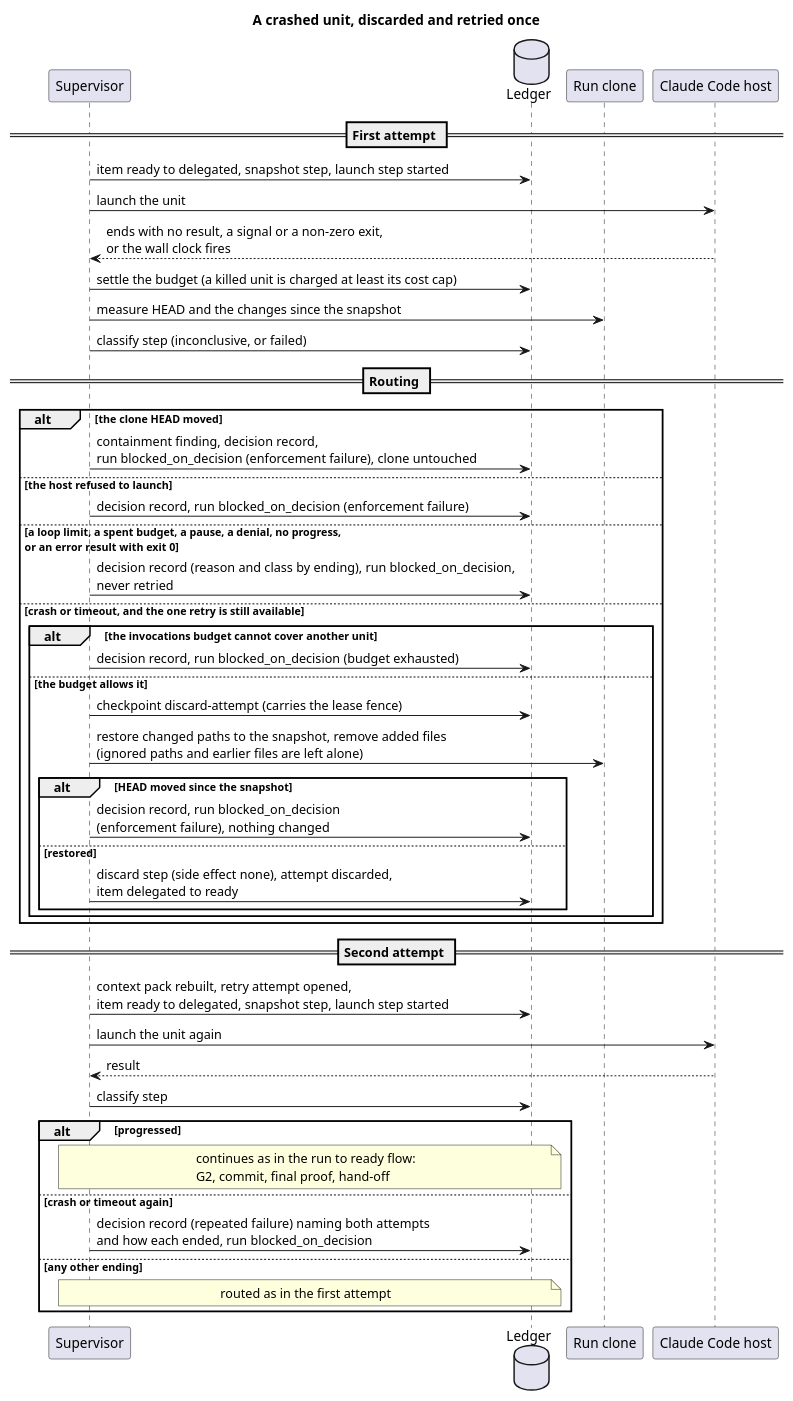
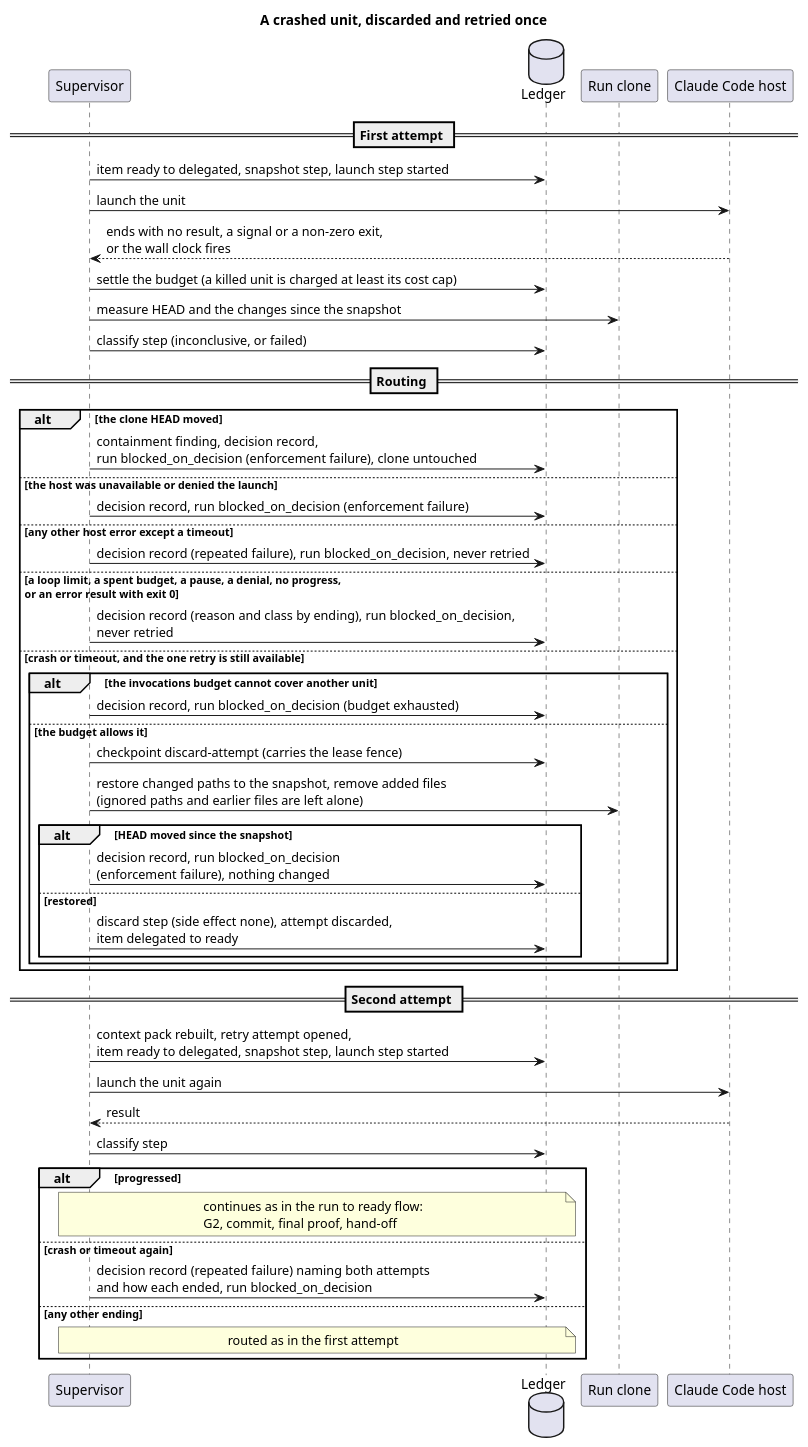
The diagram in docs/system/diagrams/run-discard-retry.puml (aa-phan/avarice), drawn with PlantUML before and after one commit. The commit also changed 33 other files, not shown here.

```diff
--- a/docs/system/diagrams/run-discard-retry.puml
+++ b/docs/system/diagrams/run-discard-retry.puml
@@ -1,50 +1,52 @@
 @startuml
 title A crashed unit, discarded and retried once
 
 participant Supervisor
 database Ledger
 participant "Run clone" as Clone
 participant "Claude Code host" as Host
 
 == First attempt ==
 Supervisor -> Ledger : item ready to delegated, snapshot step, launch step started
 Supervisor -> Host : launch the unit
 Host --> Supervisor : ends with no result, a signal or a non-zero exit,\nor the wall clock fires
 Supervisor -> Ledger : settle the budget (a killed unit is charged at least its cost cap)
 Supervisor -> Clone : measure HEAD and the changes since the snapshot
 Supervisor -> Ledger : classify step (inconclusive, or failed)
 
 == Routing ==
 alt the clone HEAD moved
   Supervisor -> Ledger : containment finding, decision record,\nrun blocked_on_decision (enforcement failure), clone untouched
-else the host refused to launch
+else the host was unavailable or denied the launch
   Supervisor -> Ledger : decision record, run blocked_on_decision (enforcement failure)
+else any other host error except a timeout
+  Supervisor -> Ledger : decision record (repeated failure), run blocked_on_decision, never retried
 else a loop limit, a spent budget, a pause, a denial, no progress,\nor an error result with exit 0
   Supervisor -> Ledger : decision record (reason and class by ending), run blocked_on_decision,\nnever retried
 else crash or timeout, and the one retry is still available
   alt the invocations budget cannot cover another unit
     Supervisor -> Ledger : decision record, run blocked_on_decision (budget exhausted)
   else the budget allows it
     Supervisor -> Ledger : checkpoint discard-attempt (carries the lease fence)
     Supervisor -> Clone : restore changed paths to the snapshot, remove added files\n(ignored paths and earlier files are left alone)
     alt HEAD moved since the snapshot
       Supervisor -> Ledger : decision record, run blocked_on_decision\n(enforcement failure), nothing changed
     else restored
       Supervisor -> Ledger : discard step (side effect none), attempt discarded,\nitem delegated to ready
     end
   end
 end
 
 == Second attempt ==
 Supervisor -> Ledger : context pack rebuilt, retry attempt opened,\nitem ready to delegated, snapshot step, launch step started
 Supervisor -> Host : launch the unit again
 Host --> Supervisor : result
 Supervisor -> Ledger : classify step
 alt progressed
   note over Supervisor, Ledger : continues as in the run to ready flow:\nG2, commit, final proof, hand-off
 else crash or timeout again
   Supervisor -> Ledger : decision record (repeated failure) naming both attempts\nand how each ended, run blocked_on_decision
 else any other ending
   note over Supervisor, Ledger : routed as in the first attempt
 end
 @enduml
```
